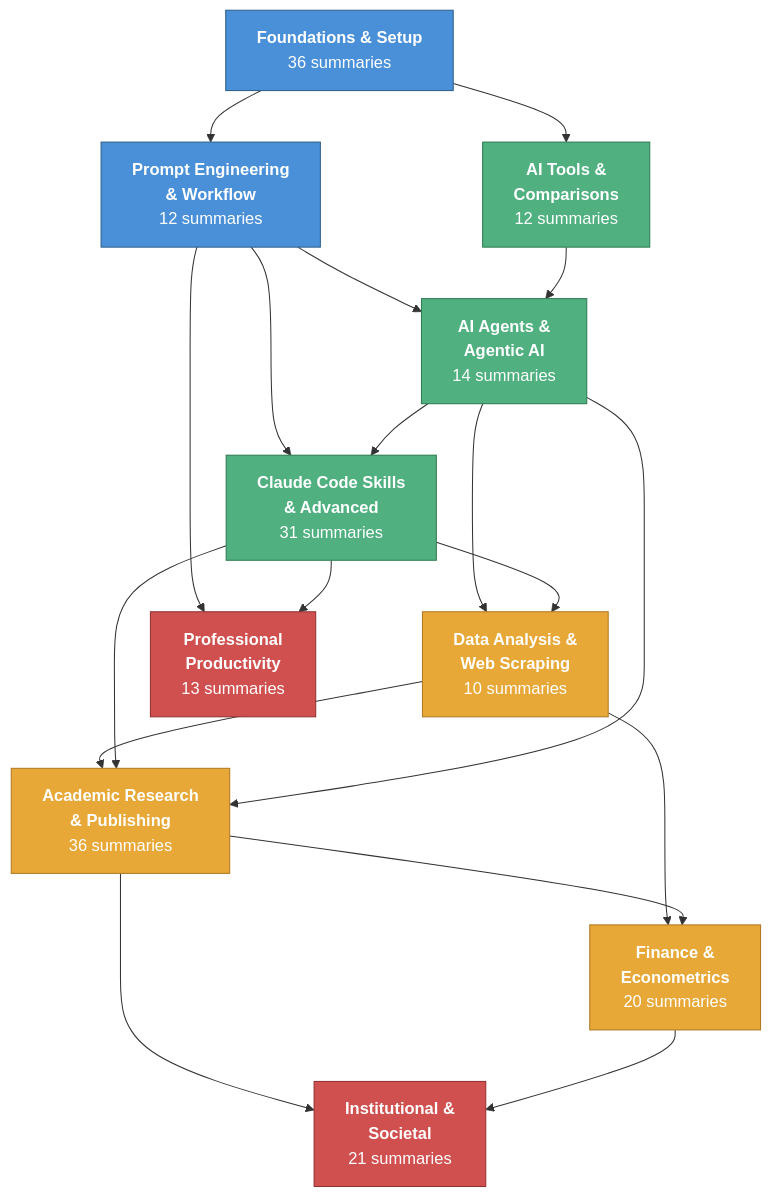
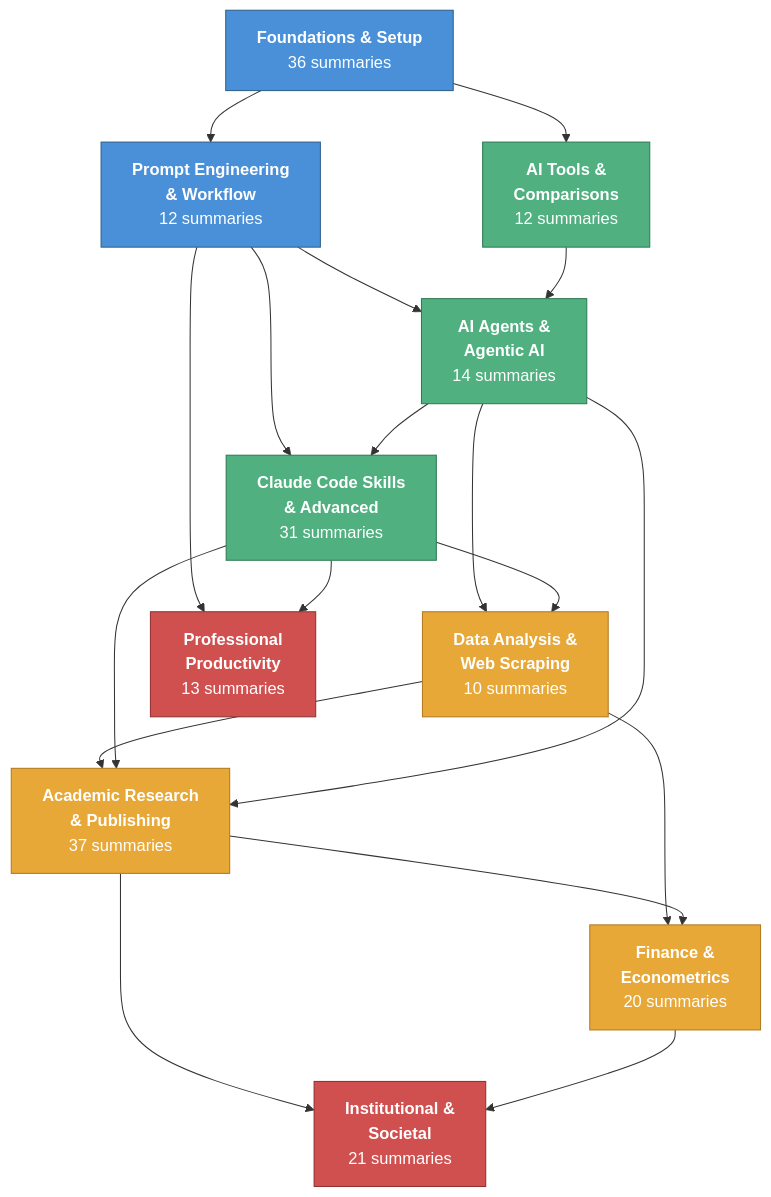
The diagram in wiki/visualizations/category-map.md (velikov-mihail/ai-econ-wiki), drawn with Mermaid before and after one commit. The commit also changed 2 other files, not shown here.

Commit message:
Refresh derived pages after ingest: category counts, category map, source timeline

````diff
--- a/wiki/visualizations/category-map.md
+++ b/wiki/visualizations/category-map.md
@@ -11,49 +11,49 @@
 ```mermaid
 graph TD
     FS["<b>Foundations & Setup</b><br/>36 summaries"]
     PE["<b>Prompt Engineering<br/>& Workflow</b><br/>12 summaries"]
     AG["<b>AI Agents &<br/>Agentic AI</b><br/>14 summaries"]
     CS["<b>Claude Code Skills<br/>& Advanced</b><br/>31 summaries"]
     DA["<b>Data Analysis &<br/>Web Scraping</b><br/>10 summaries"]
-    AR["<b>Academic Research<br/>& Publishing</b><br/>36 summaries"]
+    AR["<b>Academic Research<br/>& Publishing</b><br/>37 summaries"]
     FE["<b>Finance &<br/>Econometrics</b><br/>20 summaries"]
     AT["<b>AI Tools &<br/>Comparisons</b><br/>12 summaries"]
     IS["<b>Institutional &<br/>Societal</b><br/>21 summaries"]
     PP["<b>Professional<br/>Productivity</b><br/>13 summaries"]
 
     %% Foundational layer
     FS --> PE
     FS --> AT
     PE --> AG
     PE --> CS
 
     %% Technical layer
     AG --> CS
     AG --> DA
     CS --> DA
     AT --> AG
 
     %% Applied layer
     DA --> AR
     DA --> FE
     AR --> FE
     CS --> AR
     AG --> AR
 
     %% Productivity & big picture
     PE --> PP
     CS --> PP
     AR --> IS
     FE --> IS
 
     %% Styling
     classDef foundation fill:#4a90d9,stroke:#2c5f8a,color:#fff
     classDef technical fill:#50b080,stroke:#2d7a50,color:#fff
     classDef applied fill:#e8a838,stroke:#b07820,color:#fff
     classDef bigpicture fill:#d05050,stroke:#903030,color:#fff
 
     class FS,PE foundation
     class AG,CS,AT technical
     class DA,AR,FE applied
     class IS,PP bigpicture
 ```
````
